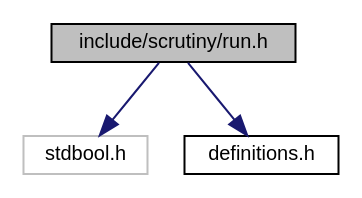
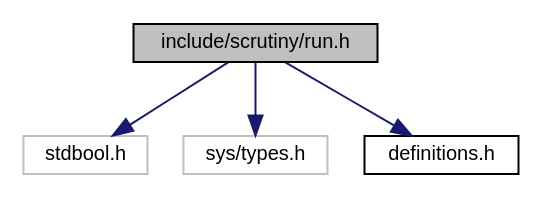
One commit to nickeldan/scrutiny changed the diagram in docs/run_8h__incl.dot. Above: the diagram before and after it, drawn with Graphviz. The commit also changed 19 other files, not shown here.

```diff
--- a/docs/run_8h__incl.dot
+++ b/docs/run_8h__incl.dot
@@ -1,11 +1,13 @@
 digraph "include/scrutiny/run.h"
 {
  // LATEX_PDF_SIZE
   edge [fontname="Helvetica",fontsize="10",labelfontname="Helvetica",labelfontsize="10"];
   node [fontname="Helvetica",fontsize="10",shape=record];
   Node1 [label="include/scrutiny/run.h",height=0.2,width=0.4,color="black", fillcolor="grey75", style="filled", fontcolor="black",tooltip="Defines the runner functionality."];
   Node1 -> Node2 [color="midnightblue",fontsize="10",style="solid",fontname="Helvetica"];
   Node2 [label="stdbool.h",height=0.2,width=0.4,color="grey75", fillcolor="white", style="filled",tooltip=" "];
   Node1 -> Node3 [color="midnightblue",fontsize="10",style="solid",fontname="Helvetica"];
-  Node3 [label="definitions.h",height=0.2,width=0.4,color="black", fillcolor="white", style="filled",URL="$definitions_8h_source.html",tooltip=" "];
+  Node3 [label="sys/types.h",height=0.2,width=0.4,color="grey75", fillcolor="white", style="filled",tooltip=" "];
+  Node1 -> Node4 [color="midnightblue",fontsize="10",style="solid",fontname="Helvetica"];
+  Node4 [label="definitions.h",height=0.2,width=0.4,color="black", fillcolor="white", style="filled",URL="$definitions_8h_source.html",tooltip=" "];
 }
```
